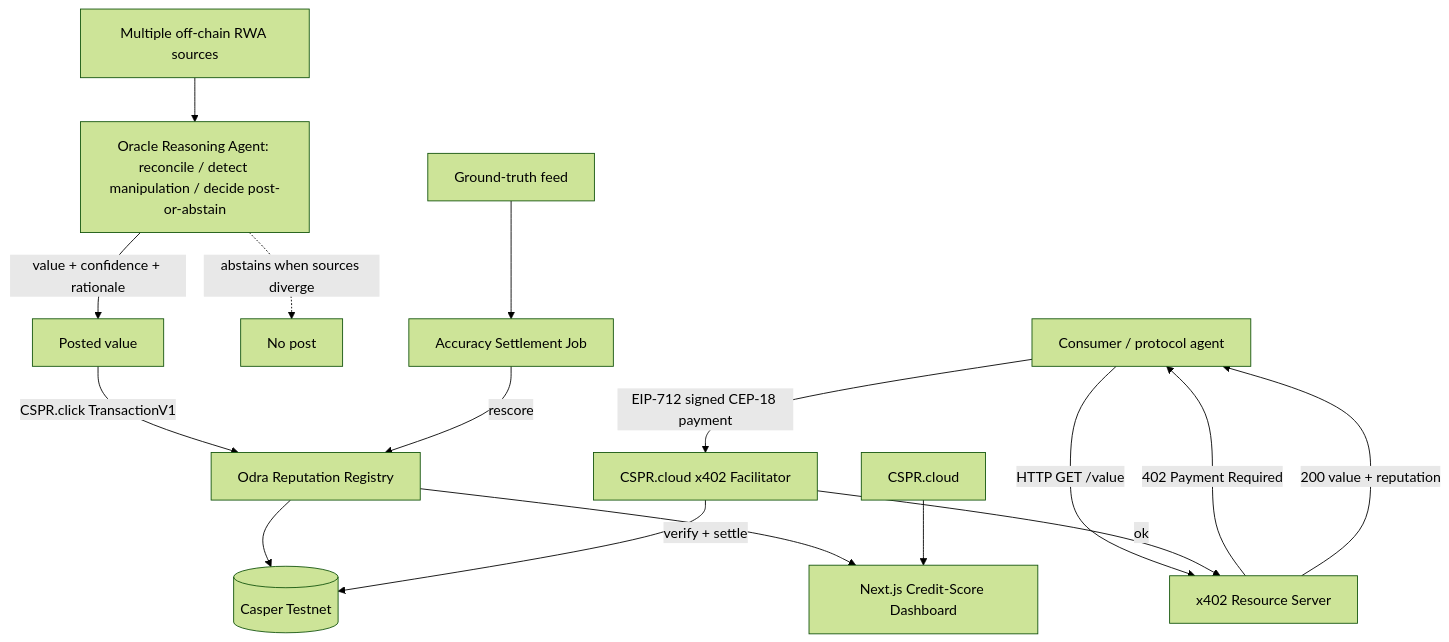
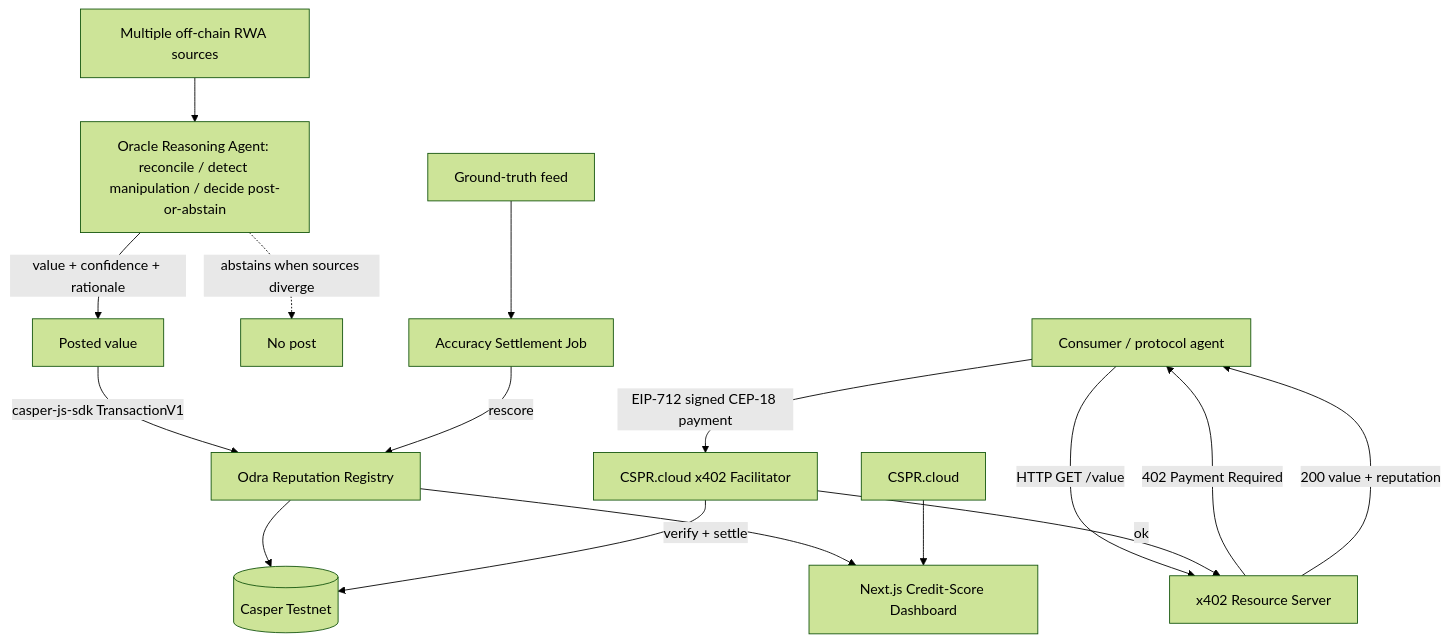
The diagram in README.md (edycutjong/verity), drawn with Mermaid (forest theme) before and after one commit. The commit also changed other lines of this file and 10 other files, not shown here.

Commit message:
feat(ai): real Claude analyst over the oracle timeline — schema-constrained Anthropic call, deterministic-number guardrail, keyless fallback; fix stale CSPR.click signing claims

````diff
--- a/README.md
+++ b/README.md
@@ -93,18 +94,18 @@
 ```mermaid
 flowchart TD
     SRC[Multiple off-chain RWA sources] --> AG[Oracle Reasoning Agent: reconcile / detect manipulation / decide post-or-abstain]
     AG -->|value + confidence + rationale| VAL[Posted value]
     AG -. abstains when sources diverge .-> SKIP[No post]
-    VAL -->|CSPR.click TransactionV1| REG[Odra Reputation Registry]
+    VAL -->|casper-js-sdk TransactionV1| REG[Odra Reputation Registry]
     REG --> TN[(Casper Testnet)]
     GT[Ground-truth feed] --> SET[Accuracy Settlement Job]
     SET -->|rescore| REG
     C[Consumer / protocol agent] -->|HTTP GET /value| X[ x402 Resource Server ]
     X -->|402 Payment Required| C
     C -->|EIP-712 signed CEP-18 payment| FAC[CSPR.cloud x402 Facilitator]
     FAC -->|verify + settle| TN
     FAC -->|ok| X
     X -->|200 value + reputation| C
     REG --> DASH[Next.js Credit-Score Dashboard]
     CLOUD[CSPR.cloud] --> DASH
 ```
````
